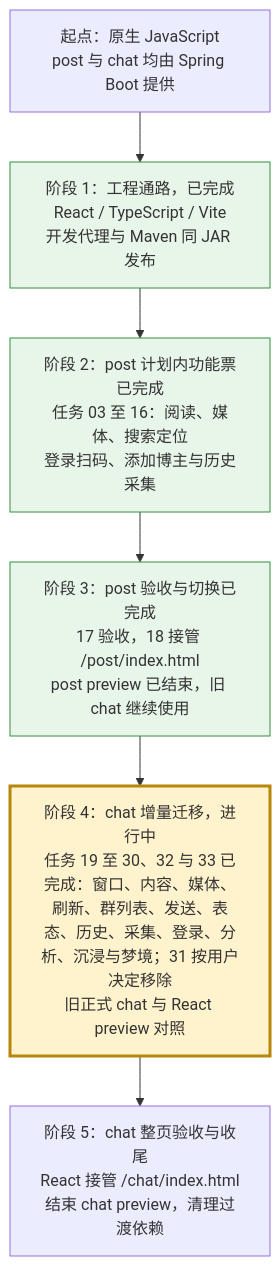
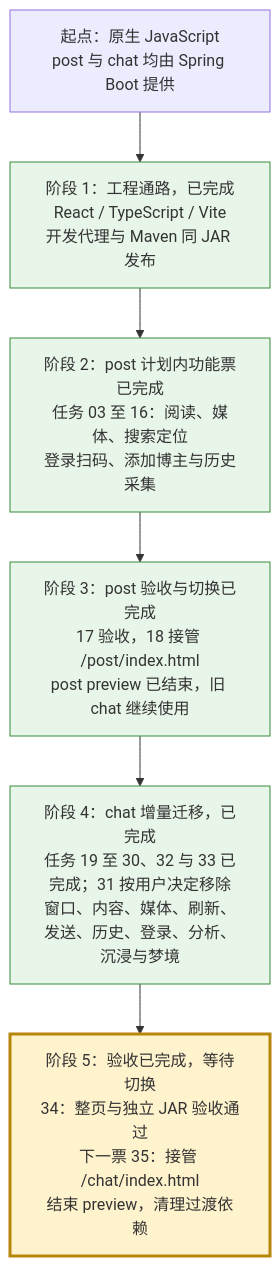
Before and after one commit to findxyz/vb-weibo-plus: the diagram in .scratch/react-migration/PLAN.md, drawn with Mermaid. The commit also changed other lines of this file and 11 other files, not shown here.

Commit message:
test: complete chat page acceptance and release evidence

````diff
--- a/.scratch/react-migration/PLAN.md
+++ b/.scratch/react-migration/PLAN.md
@@ -18,14 +18,14 @@
 ```mermaid
 flowchart TD
     A["起点：原生 JavaScript<br/>post 与 chat 均由 Spring Boot 提供"]
     B["阶段 1：工程通路，已完成<br/>React / TypeScript / Vite<br/>开发代理与 Maven 同 JAR 发布"]
     C["阶段 2：post 计划内功能票已完成<br/>任务 03 至 16：阅读、媒体、搜索定位<br/>登录扫码、添加博主与历史采集"]
     D["阶段 3：post 验收与切换已完成<br/>17 验收，18 接管 /post/index.html<br/>post preview 已结束，旧 chat 继续使用"]
-    E["阶段 4：chat 增量迁移，进行中<br/>任务 19 至 30、32 与 33 已完成：窗口、内容、媒体、刷新、群列表、发送、表态、历史、采集、登录、分析、沉浸与梦境；31 按用户决定移除<br/>旧正式 chat 与 React preview 对照"]
-    F["阶段 5：chat 整页验收与收尾<br/>React 接管 /chat/index.html<br/>结束 chat preview，清理过渡依赖"]
+    E["阶段 4：chat 增量迁移，已完成<br/>任务 19 至 30、32 与 33 已完成；31 按用户决定移除<br/>窗口、内容、媒体、刷新、发送、历史、登录、分析、沉浸与梦境"]
+    F["阶段 5：验收已完成，等待切换<br/>34：整页与独立 JAR 验收通过<br/>下一票 35：接管 /chat/index.html<br/>结束 preview，清理过渡依赖"]
     A --> B --> C --> D --> E --> F
     classDef complete fill:#e8f5e9,stroke:#388e3c
     classDef current fill:#fff3cd,stroke:#b8860b,stroke-width:3px
-    class B,C,D complete
-    class E current
+    class B,C,D,E complete
+    class F current
 ```
````
